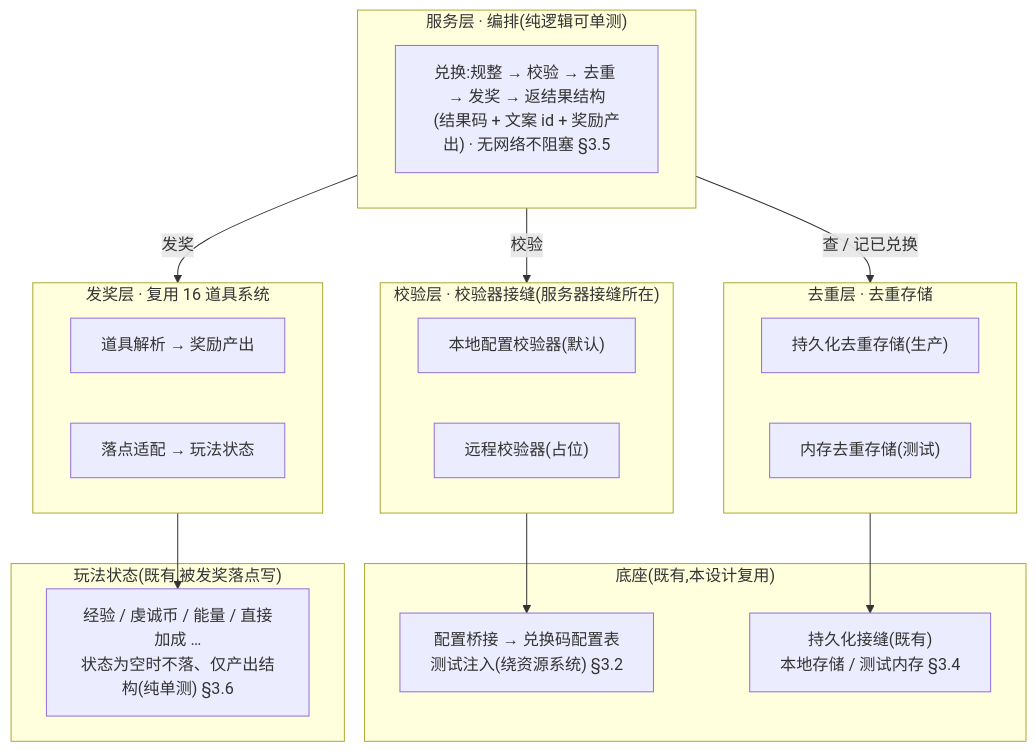
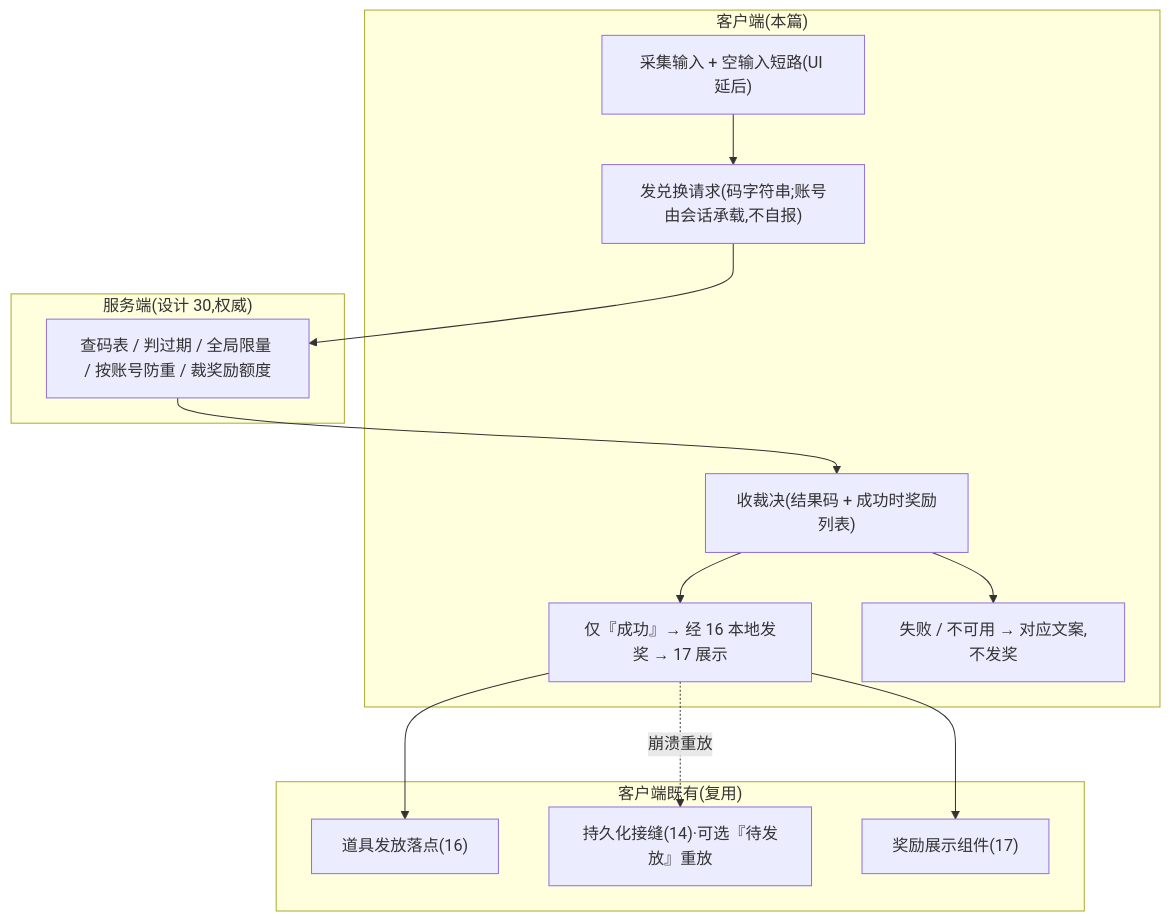
The first of 2 diagrams in UnityProject/design-docs/20-redeem-code-system.md (zhoupeng921101/TEngine_zp), drawn with Mermaid before and after one commit. The commit also changed other lines of this file and 6 other files, not shown here.

````diff
--- a/UnityProject/design-docs/20-redeem-code-system.md
+++ b/UnityProject/design-docs/20-redeem-code-system.md
@@ -63,31 +56,24 @@
 ```mermaid
 flowchart TD
-    subgraph svc["服务层 · 编排(纯逻辑可单测)"]
-        s1["兑换:规整 → 校验 → 去重 → 发奖 → 返结果结构<br/>(结果码 + 文案 id + 奖励产出) · 无网络不阻塞 §3.5"]
+    subgraph cli["客户端(本篇)"]
+        c1["采集输入 + 空输入短路(UI 延后)"]
+        c2["发兑换请求(码字符串;账号由会话承载,不自报)"]
+        c3["收裁决(结果码 + 成功时奖励列表)"]
+        c4["仅『成功』→ 经 16 本地发奖 → 17 展示"]
+        c5["失败 / 不可用 → 对应文案,不发奖"]
     end
-    subgraph val["校验层 · 校验器接缝(服务器接缝所在)"]
-        v1["本地配置校验器(默认)"]
-        v2["远程校验器(占位)"]
+    subgraph srv["服务端(设计 30,权威)"]
+        s1["查码表 / 判过期 / 全局限量 / 按账号防重 / 裁奖励额度"]
     end
-    subgraph ded["去重层 · 去重存储"]
-        d1["持久化去重存储(生产)"]
-        d2["内存去重存储(测试)"]
+    subgraph base["客户端既有(复用)"]
+        b1["道具发放落点(16)"]
+        b2["持久化接缝(14)·可选『待发放』重放"]
+        b3["奖励展示组件(17)"]
     end
-    subgraph grant["发奖层 · 复用 16 道具系统"]
-        g1["道具解析 → 奖励产出"]
-        g2["落点适配 → 玩法状态"]
-    end
-    subgraph base["底座(既有,本设计复用)"]
-        b1["配置桥接 → 兑换码配置表<br/>测试注入(绕资源系统) §3.2"]
-        b2["持久化接缝(既有)<br/>本地存储 / 测试内存 §3.4"]
-    end
-    subgraph state["玩法状态(既有,被发奖落点写)"]
-        m1["经验 / 虔诚币 / 能量 / 直接加成 …<br/>状态为空时不落、仅产出结构(纯单测) §3.6"]
-    end
-    svc -->|校验| val
-    svc -->|查 / 记已兑换| ded
-    svc -->|发奖| grant
-    val --> b1
-    ded --> b2
-    grant --> m1
+    c1 --> c2 --> s1 --> c3
+    c3 --> c4
+    c3 --> c5
+    c4 --> b1
+    c4 --> b3
+    c4 -.崩溃重放.-> b2
 ```
````
